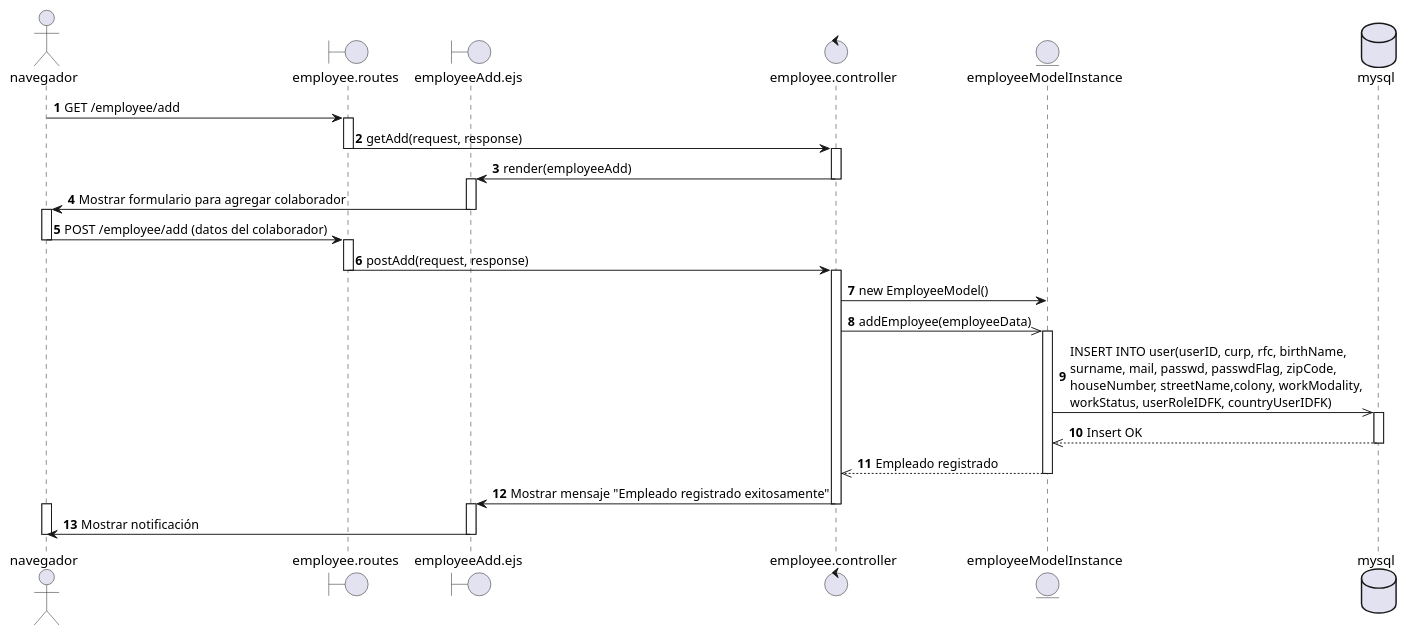
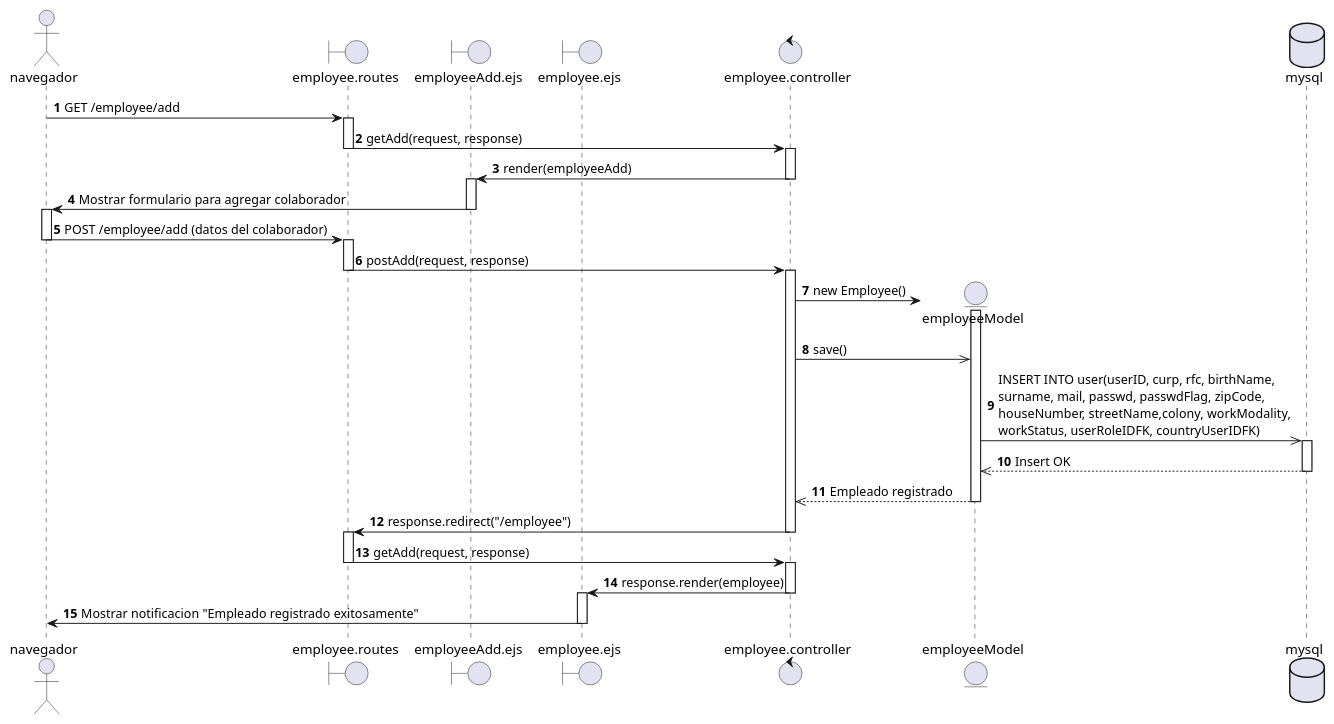
The diagram in diagrams/Casos de Uso/CU Emilio/DS/CU01.puml (EdCanCe/WorkCells), drawn with PlantUML before and after one commit. The commit also changed 10 other files, not shown here.

```diff
--- a/diagrams/Casos de Uso/CU Emilio/DS/CU01.puml
+++ b/diagrams/Casos de Uso/CU Emilio/DS/CU01.puml
@@ -1,53 +1,61 @@
 @startuml CU01 - Super admin registra alta de empleado
 actor navegador
 boundary employee.routes
 boundary employeeAdd.ejs
+boundary employee.ejs
 control employee.controller
-entity employeeModelInstance
+entity employeeModel
 database mysql
 
 autonumber
 navegador -> employee.routes : GET /employee/add
 activate employee.routes
 
 employee.routes -> employee.controller: getAdd(request, response)
 deactivate employee.routes
 activate employee.controller
 
 employee.controller -> employeeAdd.ejs: render(employeeAdd)
 deactivate employee.controller
 activate employeeAdd.ejs
 
 employeeAdd.ejs -> navegador : Mostrar formulario para agregar colaborador
 deactivate employeeAdd.ejs
 activate navegador
 
 navegador -> employee.routes : POST /employee/add (datos del colaborador)
 deactivate navegador
 activate employee.routes
 
 employee.routes -> employee.controller : postAdd(request, response)
 deactivate employee.routes
 activate employee.controller
 
-employee.controller -> employeeModelInstance : new EmployeeModel()
+create employeeModel
+employee.controller -> employeeModel : new Employee()
+activate employeeModel
 
-employee.controller ->> employeeModelInstance : addEmployee(employeeData)
-activate employeeModelInstance
+employee.controller ->> employeeModel : save()
 
-employeeModelInstance ->> mysql : INSERT INTO user(userID, curp, rfc, birthName,\nsurname, mail, passwd, passwdFlag, zipCode,\nhouseNumber, streetName,colony, workModality,\nworkStatus, userRoleIDFK, countryUserIDFK)
+employeeModel ->> mysql : INSERT INTO user(userID, curp, rfc, birthName,\nsurname, mail, passwd, passwdFlag, zipCode,\nhouseNumber, streetName,colony, workModality,\nworkStatus, userRoleIDFK, countryUserIDFK)
 activate mysql
-mysql -->> employeeModelInstance : Insert OK
+mysql -->> employeeModel : Insert OK
 deactivate mysql
-employeeModelInstance -->> employee.controller : Empleado registrado
-deactivate employeeModelInstance
+employeeModel -->> employee.controller : Empleado registrado
+deactivate employeeModel
 
-employee.controller -> employeeAdd.ejs : Mostrar mensaje "Empleado registrado exitosamente"
+employee.controller -> employee.routes : response.redirect("/employee")
 deactivate employee.controller
-activate employeeAdd.ejs
-activate navegador
-employeeAdd.ejs -> navegador : Mostrar notificación
-deactivate navegador
-deactivate employeeAdd.ejs
+activate employee.routes
+employee.routes -> employee.controller : getAdd(request, response)
 deactivate employee.routes
+activate employee.controller
+
+employee.controller -> employee.ejs : response.render(employee)
+deactivate employee.controller
+activate employee.ejs
+
+
+employee.ejs -> navegador : Mostrar notificacion "Empleado registrado exitosamente"
+deactivate employee.ejs
 @enduml
```
